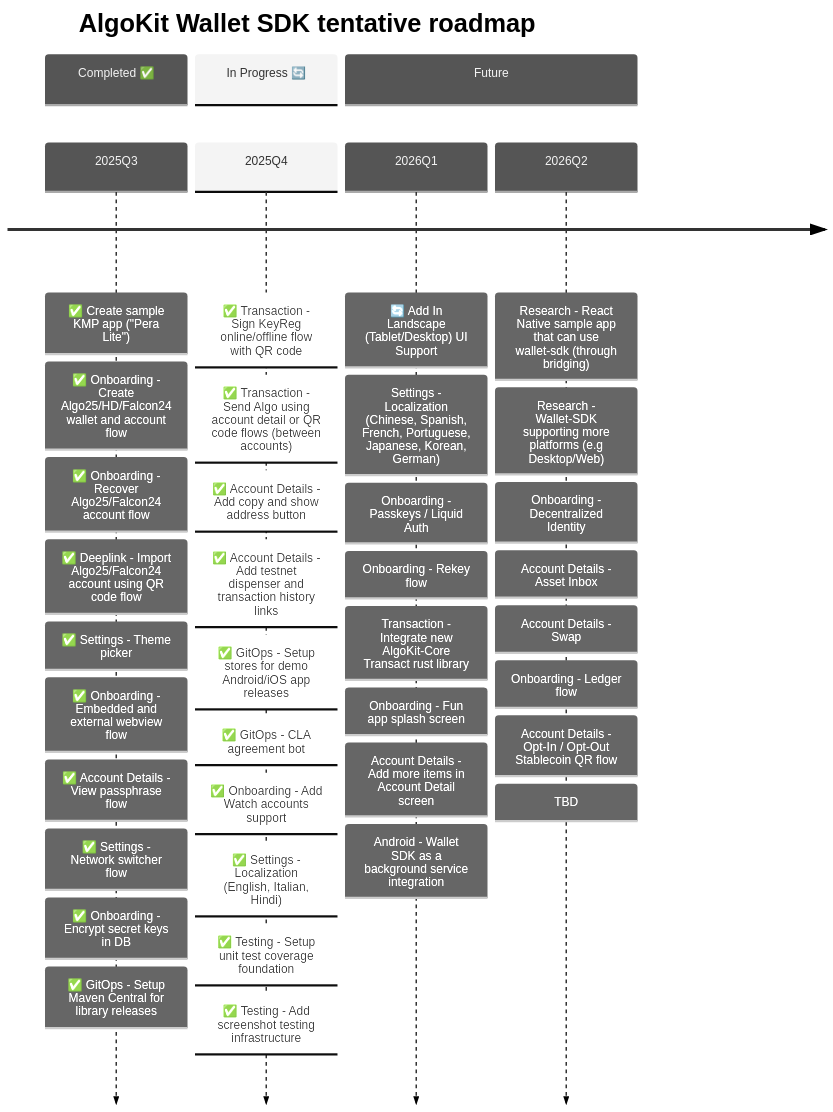
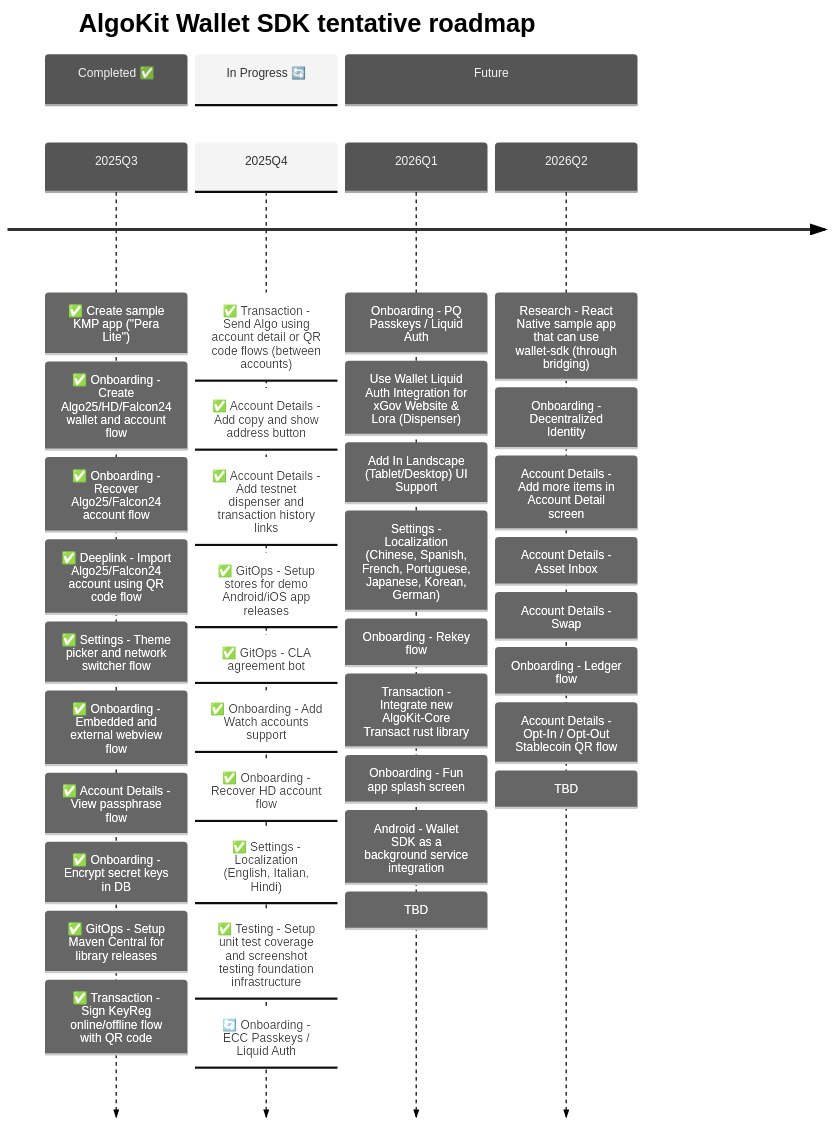
One commit to michaeltchuangllc/algokit-walletsdk-kmp changed the second of 3 diagrams in README.md. Above: the diagram before and after it, drawn with Mermaid. The commit also changed 52 other files, not shown here.

````diff
--- a/README.md
+++ b/README.md
@@ -67,50 +67,52 @@
 ```mermaid
 ---
 config:
   theme: 'neutral'
 ---
 timeline
     title AlgoKit Wallet SDK tentative roadmap
 
     section Completed ✅
     2025Q3  : ✅ Create sample KMP app ("Pera Lite")
             : ✅ Onboarding - Create Algo25/HD/Falcon24 wallet and account flow
             : ✅ Onboarding - Recover Algo25/Falcon24 account flow
             : ✅ Deeplink - Import Algo25/Falcon24 account using QR code flow
-            : ✅ Settings - Theme picker
+            : ✅ Settings - Theme picker and network switcher flow
             : ✅ Onboarding - Embedded and external webview flow
             : ✅ Account Details - View passphrase flow
-            : ✅ Settings - Network switcher flow
             : ✅ Onboarding - Encrypt secret keys in DB
             : ✅ GitOps - Setup Maven Central for library releases
+            : ✅ Transaction - Sign KeyReg online/offline flow with QR code
 
     section In Progress 🔄
-    2025Q4  : ✅ Transaction - Sign KeyReg online/offline flow with QR code
-            : ✅ Transaction - Send Algo using account detail or QR code flows (between accounts)
+    2025Q4  : ✅ Transaction - Send Algo using account detail or QR code flows (between accounts)
             : ✅ Account Details - Add copy and show address button
             : ✅ Account Details - Add testnet dispenser and transaction history links
             : ✅ GitOps - Setup stores for demo Android/iOS app releases
             : ✅ GitOps - CLA agreement bot
             : ✅ Onboarding - Add Watch accounts support
+            : ✅ Onboarding - Recover HD account flow
             : ✅ Settings - Localization (English, Italian, Hindi)
-            : ✅ Testing - Setup unit test coverage foundation
-            : ✅ Testing - Add screenshot testing infrastructure
+            : ✅ Testing - Setup unit test coverage and screenshot testing foundation infrastructure
+            : 🔄 Onboarding - ECC Passkeys / Liquid Auth
 
     section Future
-    2026Q1  : 🔄 Add In Landscape (Tablet/Desktop) UI Support
+    2026Q1  : Onboarding - PQ Passkeys / Liquid Auth
+            : Use Wallet Liquid Auth Integration for xGov Website & Lora (Dispenser)
+            : Add In Landscape (Tablet/Desktop) UI Support
             : Settings - Localization (Chinese, Spanish, French, Portuguese, Japanese, Korean, German)
-            : Onboarding - Passkeys / Liquid Auth
             : Onboarding - Rekey flow
             : Transaction - Integrate new AlgoKit-Core Transact rust library
             : Onboarding - Fun app splash screen
+            : Android - Wallet SDK as a background service integration
+            : TBD
+    2026Q2   
+            : Research - React Native sample app that can use wallet-sdk (through bridging)
+            : Onboarding - Decentralized Identity
             : Account Details - Add more items in Account Detail screen
-            : Android - Wallet SDK as a background service integration
-    2026Q2  : Research - React Native sample app that can use wallet-sdk (through bridging)
-            : Research - Wallet-SDK supporting more platforms (e.g Desktop/Web)
-            : Onboarding - Decentralized Identity
             : Account Details - Asset Inbox
             : Account Details - Swap
             : Onboarding - Ledger flow
             : Account Details - Opt-In / Opt-Out Stablecoin QR flow
             : TBD
 ```
````
